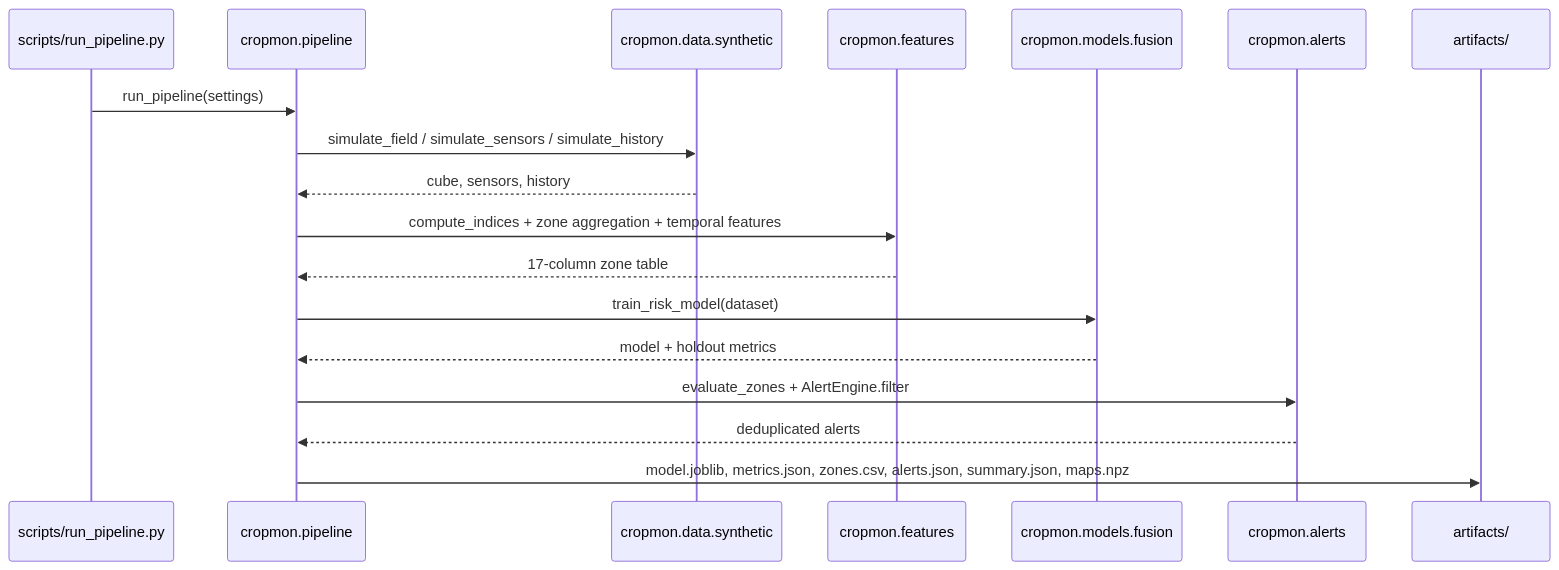
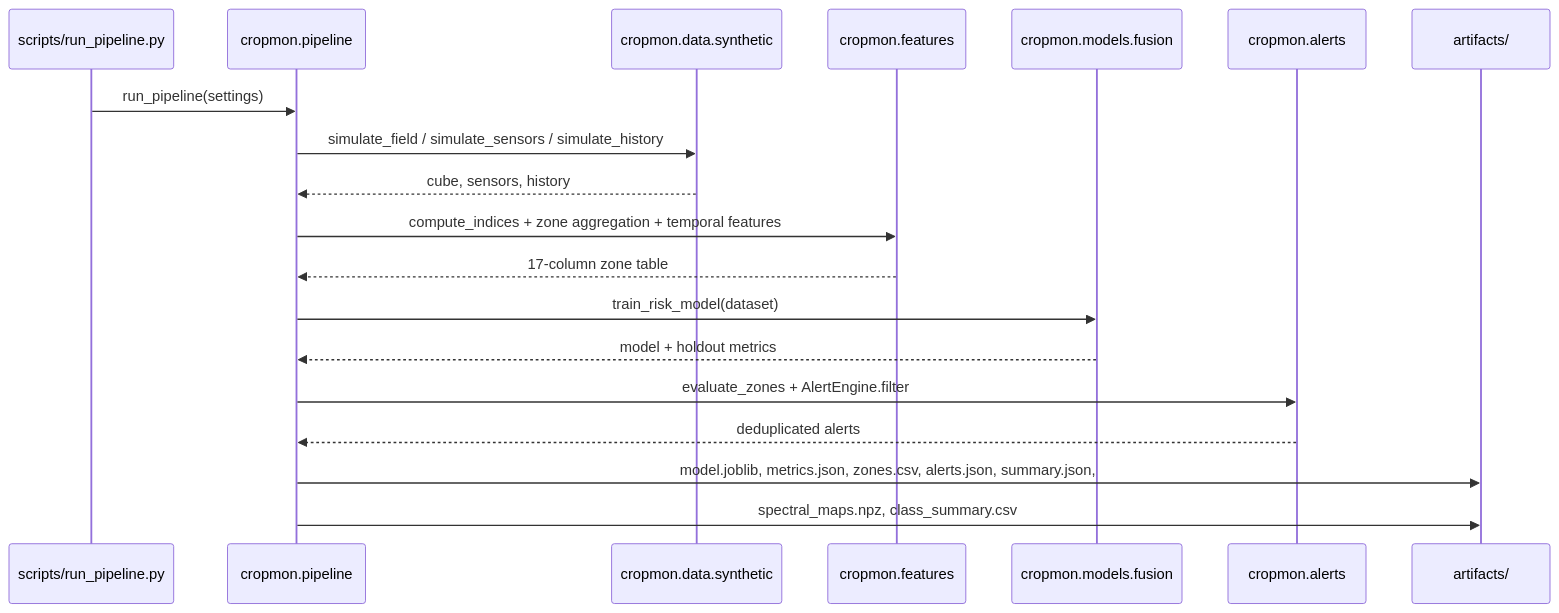
The diagram in docs/architecture.md (Harishwaran18/AI-Crop-Monitoring), drawn with Mermaid before and after one commit. The commit also changed other lines of this file and 15 other files, not shown here.

````diff
--- a/docs/architecture.md
+++ b/docs/architecture.md
@@ -5,21 +5,22 @@
 ```mermaid
 sequenceDiagram
     participant CLI as scripts/run_pipeline.py
     participant P as cropmon.pipeline
     participant S as cropmon.data.synthetic
     participant F as cropmon.features
     participant M as cropmon.models.fusion
     participant A as cropmon.alerts
     participant D as artifacts/
 
     CLI->>P: run_pipeline(settings)
     P->>S: simulate_field / simulate_sensors / simulate_history
     S-->>P: cube, sensors, history
     P->>F: compute_indices + zone aggregation + temporal features
     F-->>P: 17-column zone table
     P->>M: train_risk_model(dataset)
     M-->>P: model + holdout metrics
     P->>A: evaluate_zones + AlertEngine.filter
     A-->>P: deduplicated alerts
-    P->>D: model.joblib, metrics.json, zones.csv, alerts.json, summary.json, maps.npz
+    P->>D: model.joblib, metrics.json, zones.csv, alerts.json, summary.json,
+    P->>D: spectral_maps.npz, class_summary.csv
 ```
````
